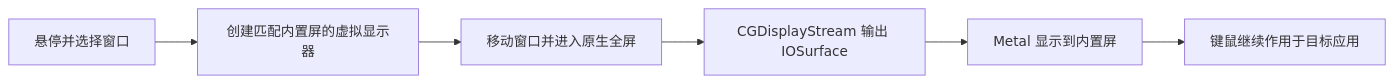
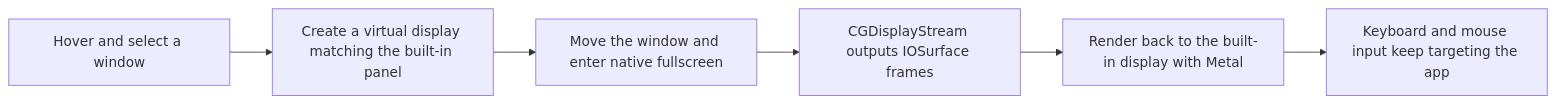
The diagram in README.md (DTW7607/MacNotchKiller), drawn with Mermaid before and after one commit. The commit also changed other lines of this file and 7 other files, not shown here.

````diff
--- a/README.md
+++ b/README.md
@@ -38,8 +40,8 @@
 ```mermaid
 flowchart LR
-    A["悬停并选择窗口"] --> B["创建匹配内置屏的虚拟显示器"]
-    B --> C["移动窗口并进入原生全屏"]
-    C --> D["CGDisplayStream 输出 IOSurface"]
-    D --> E["Metal 显示到内置屏"]
-    E --> F["键鼠继续作用于目标应用"]
+    A["Hover and select a window"] --> B["Create a virtual display matching the built-in panel"]
+    B --> C["Move the window and enter native fullscreen"]
+    C --> D["CGDisplayStream outputs IOSurface frames"]
+    D --> E["Render back to the built-in display with Metal"]
+    E --> F["Keyboard and mouse input keep targeting the app"]
 ```
````
